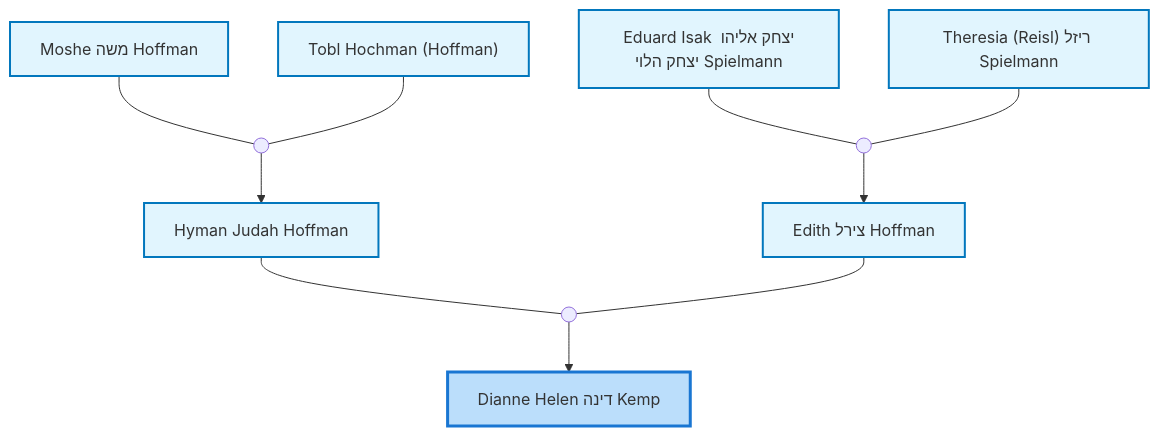
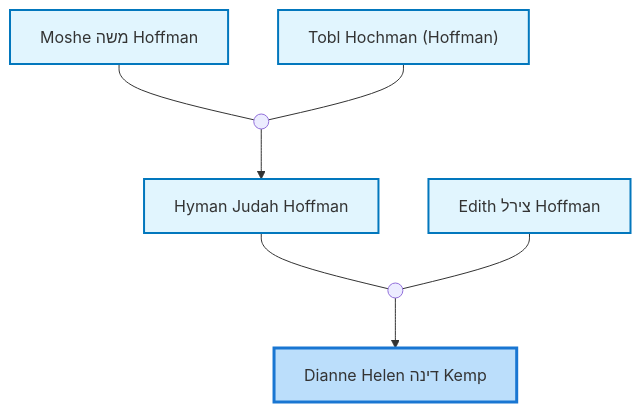
One commit to moshehoff/FamilyHistory changed the second of 3 diagrams in site/content/profiles/Dianne Helen דינה Kemp.md. Above: the diagram before and after it, drawn with Mermaid. The commit also changed other lines of this file and 133 other files, not shown here.

Commit message:
Update Moshe Hoffman ID: I10 -> I11052340 and rename I38516664 biography

````diff
--- a/site/content/profiles/Dianne Helen דינה Kemp.md
+++ b/site/content/profiles/Dianne Helen דינה Kemp.md
@@ -43,39 +49,29 @@
 ```mermaid
 flowchart TD
 classDef person fill:#e1f5fe,stroke:#0277bd,stroke-width:2px;
 classDef internal-link fill:#e1f5fe,stroke:#0277bd,stroke-width:2px;
 classDef current fill:#bbdefb,stroke:#1976d2,stroke-width:3px;
-idI8["Dianne Helen דינה Kemp"]
-class idI8 current
-click idI8 "../profiles/Dianne-Helen-%D7%93%D7%99%D7%A0%D7%94-Kemp" "Dianne Helen דינה Kemp"
-idI2["Hyman Judah Hoffman"]
-class idI2 internal-link
-click idI2 "../profiles/Hyman-Judah-Hoffman" "Hyman Judah Hoffman"
-idI3["Edith צירל Hoffman"]
-class idI3 internal-link
-click idI3 "../profiles/Edith-%D7%A6%D7%99%D7%A8%D7%9C-Hoffman" "Edith צירל Hoffman"
-marriage_idF2((" "))
-idI2 --- marriage_idF2
-idI3 --- marriage_idF2
-marriage_idF2 --> idI8
-idI10["Moshe משה Hoffman"]
-class idI10 internal-link
-click idI10 "../profiles/Moshe-%D7%9E%D7%A9%D7%94-Hoffman" "Moshe משה Hoffman"
-idI11["Tobl Hochman (Hoffman)"]
-class idI11 internal-link
-click idI11 "../profiles/Tobl-Hochman-%28Hoffman%29" "Tobl Hochman (Hoffman)"
-marriage_idF3((" "))
-idI10 --- marriage_idF3
-idI11 --- marriage_idF3
-marriage_idF3 --> idI2
-idI17["Eduard Isak יצחק אליהו יצחק הלוי Spielmann"]
-class idI17 internal-link
-click idI17 "../profiles/Eduard-Isak-%D7%99%D7%A6%D7%97%D7%A7-%D7%90%D7%9C%D7%99%D7%94%D7%95-%D7%99%D7%A6%D7%97%D7%A7-%D7%94%D7%9C%D7%95%D7%99-Spielmann" "Eduard Isak יצחק אליהו יצחק הלוי Spielmann"
-idI18["Theresia (Reisl) ריזל Spielmann"]
-class idI18 internal-link
-click idI18 "../profiles/Theresia-%28Reisl%29-%D7%A8%D7%99%D7%96%D7%9C-Spielmann" "Theresia (Reisl) ריזל Spielmann"
-marriage_idF4((" "))
-idI17 --- marriage_idF4
-idI18 --- marriage_idF4
-marriage_idF4 --> idI3
+idI38516790["Dianne Helen דינה Kemp"]
+class idI38516790 current
+click idI38516790 "../profiles/Dianne-Helen-%D7%93%D7%99%D7%A0%D7%94-Kemp" "Dianne Helen דינה Kemp"
+idI11052350["Hyman Judah Hoffman"]
+class idI11052350 internal-link
+click idI11052350 "../profiles/Hyman-Judah-Hoffman" "Hyman Judah Hoffman"
+idI38516664["Edith צירל Hoffman"]
+class idI38516664 internal-link
+click idI38516664 "../profiles/Edith-%D7%A6%D7%99%D7%A8%D7%9C-Hoffman" "Edith צירל Hoffman"
+marriage_idF13161432((" "))
+idI11052350 --- marriage_idF13161432
+idI38516664 --- marriage_idF13161432
+marriage_idF13161432 --> idI38516790
+idI11052340["Moshe משה Hoffman"]
+class idI11052340 internal-link
+click idI11052340 "../profiles/Moshe-%D7%9E%D7%A9%D7%94-Hoffman" "Moshe משה Hoffman"
+idI38735986["Tobl Hochman (Hoffman)"]
+class idI38735986 internal-link
+click idI38735986 "../profiles/Tobl-Hochman-%28Hoffman%29" "Tobl Hochman (Hoffman)"
+marriage_idF3776794((" "))
+idI11052340 --- marriage_idF3776794
+idI38735986 --- marriage_idF3776794
+marriage_idF3776794 --> idI11052350
 ```
````
